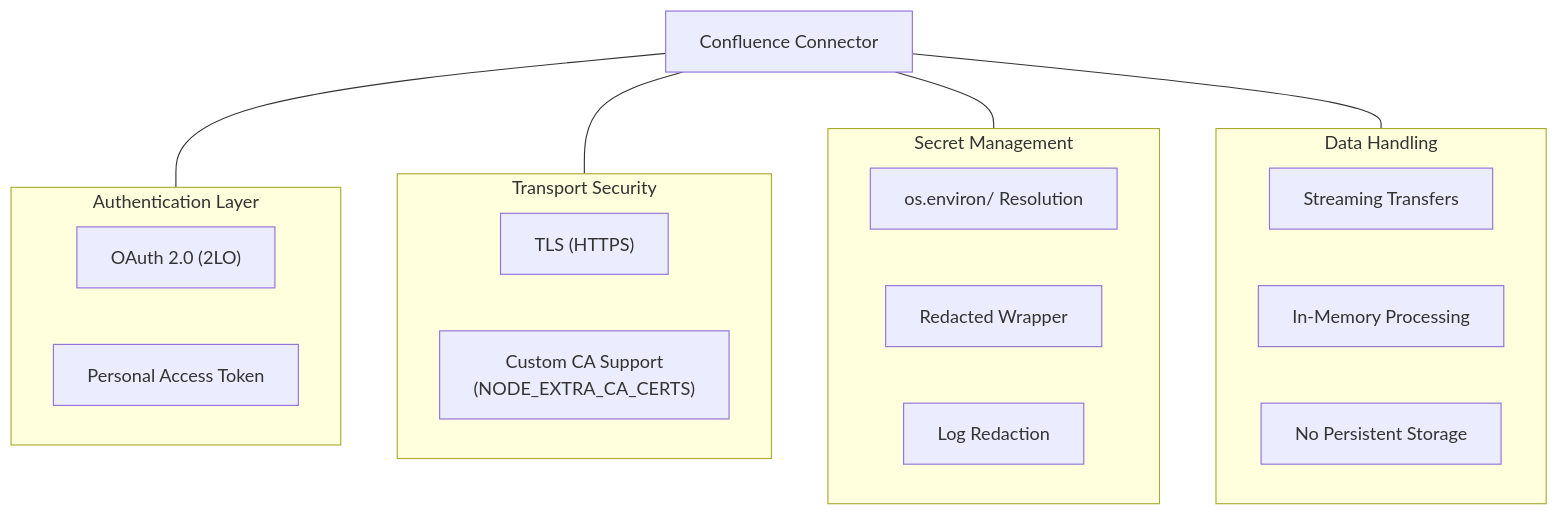
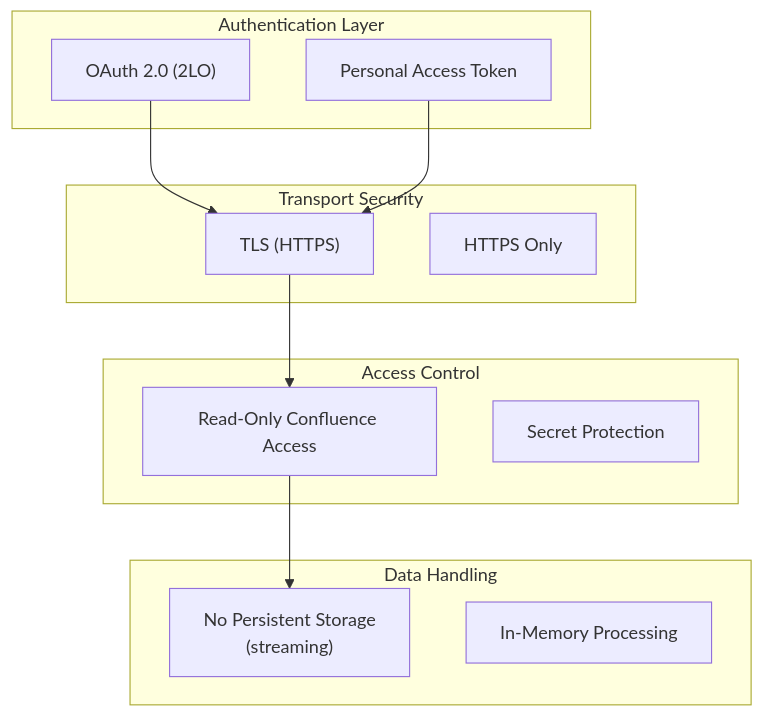
The diagram in services/confluence-connector/docs/technical/security.md (Unique-AG/connectors), drawn with Mermaid before and after one commit. The commit also changed other lines of this file, not shown here.

First line of the commit message:
refact: align security.md with SharePoint connector template

````diff
--- a/services/confluence-connector/docs/technical/security.md
+++ b/services/confluence-connector/docs/technical/security.md
@@ -18,31 +18,27 @@
 ```mermaid
 flowchart TB
-    Connector["Confluence Connector"]
-
     subgraph Authentication["Authentication Layer"]
         OAuth["OAuth 2.0 (2LO)"]
         PAT["Personal Access Token"]
     end
 
     subgraph Transport["Transport Security"]
         TLS["TLS (HTTPS)"]
-        CABundle["Custom CA Support<br/>(NODE_EXTRA_CA_CERTS)"]
+        HTTPS["HTTPS Only"]
     end
 
-    subgraph SecretMgmt["Secret Management"]
-        EnvResolve["os.environ/ Resolution"]
-        RedactedClass["Redacted Wrapper"]
-        LogRedaction["Log Redaction"]
+    subgraph Access["Access Control"]
+        ReadOnly["Read-Only Confluence Access"]
+        SecretProtection["Secret Protection"]
     end
 
     subgraph Data["Data Handling"]
-        Streaming["Streaming Transfers"]
+        NoStorage["No Persistent Storage<br/>(streaming)"]
         InMemory["In-Memory Processing"]
-        NoStorage["No Persistent Storage"]
     end
 
-    Connector --- Authentication
-    Connector --- Transport
-    Connector --- SecretMgmt
-    Connector --- Data
+    OAuth --> TLS
+    PAT --> TLS
+    TLS --> ReadOnly
+    ReadOnly --> NoStorage
 ```
````
